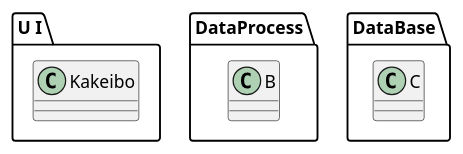
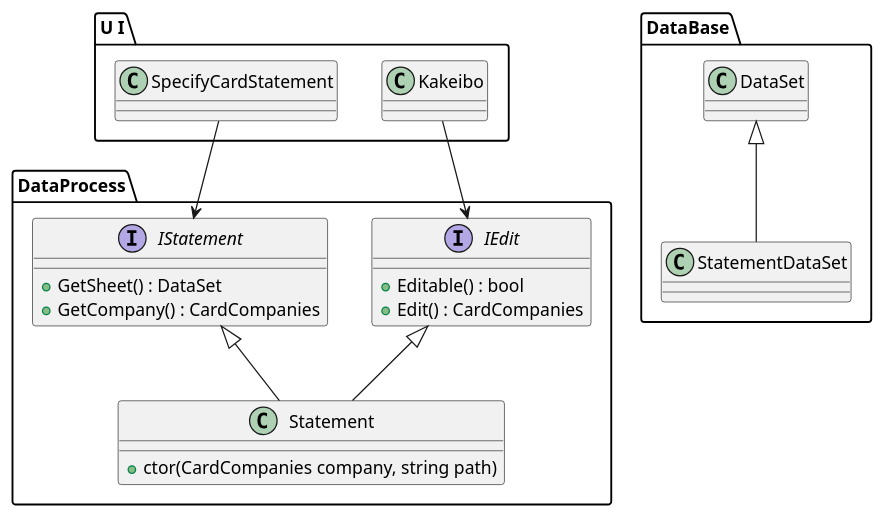
The diagram in doc/ClassDiagram.pu (HalDoggy/Kakeibo), drawn with PlantUML before and after one commit.

Commit message:
#5 : edit class diaglam

```diff
--- a/doc/ClassDiagram.pu
+++ b/doc/ClassDiagram.pu
@@ -1,19 +1,49 @@
 @startuml
 
 package "U I" {
   class Kakeibo
   {
 
   }
 
+  class SpecifyCardStatement
+  {
+
+  }
 }
 
 package DataProcess {
-  class B
+  interface IStatement{
+    +GetSheet() : DataSet
+    +GetCompany() : CardCompanies
+  }
+
+  class Statement{
+    +ctor(CardCompanies company, string path)
+  }
+
+  interface IEdit{
+    +Editable() : bool
+    +Edit() : CardCompanies
+  }
 }
 
 package DataBase {
-  class C
+  class DataSet{}
+
+  class StatementDataSet{
+    
+  }
 }
 
+
+IStatement <|-- Statement
+IEdit <|-- Statement
+
+SpecifyCardStatement --> IStatement
+Kakeibo --> IEdit
+
+
+DataSet <|-- StatementDataSet
+
 @enduml
```
